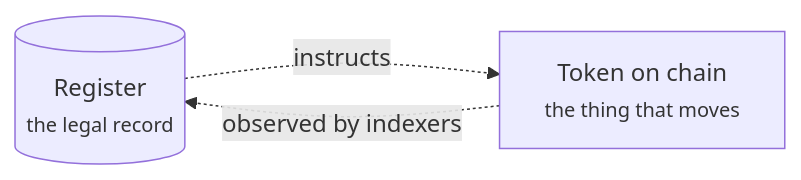
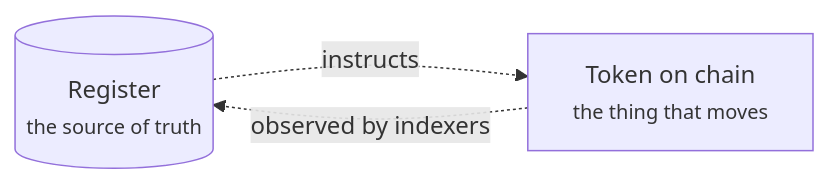
The diagram in docs/customer/index.md (makibytes/registerwerk), drawn with Mermaid before and after one commit. The commit also changed other lines of this file and 203 other files, not shown here.

````diff
--- a/docs/customer/index.md
+++ b/docs/customer/index.md
@@ -68,7 +68,7 @@
 ```mermaid
 graph LR
-    R[("Register<br/><small>the legal record</small>")]
+    R[("Register<br/><small>the source of truth</small>")]
     T["Token on chain<br/><small>the thing that moves</small>"]
     R -.->|"instructs"| T
     T -.->|"observed by indexers"| R
 ```
````
